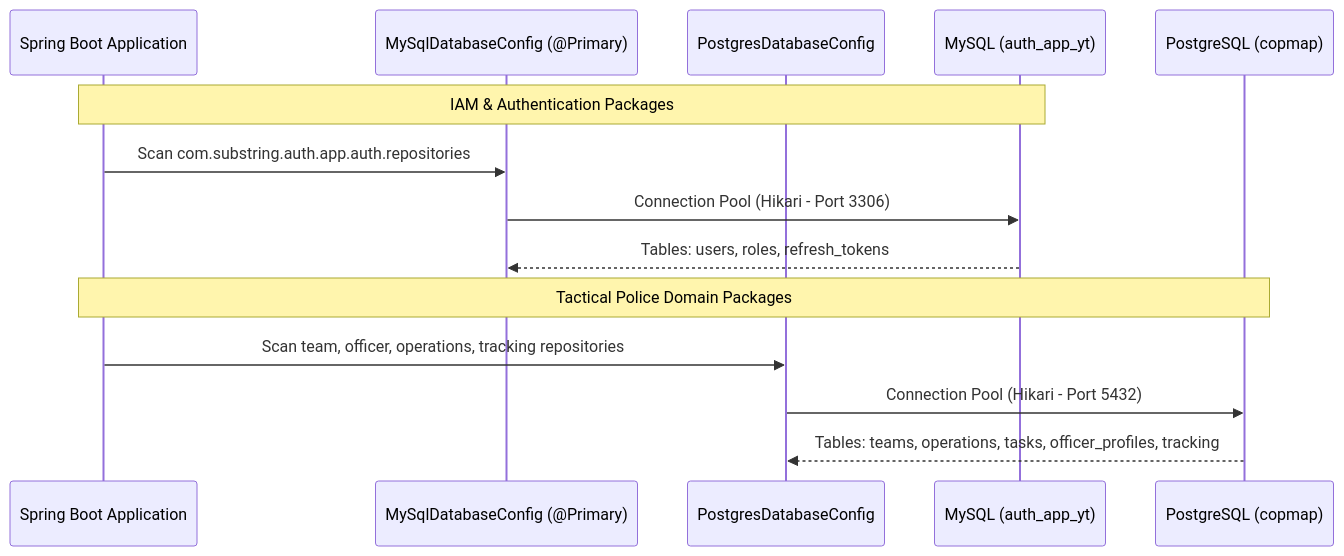
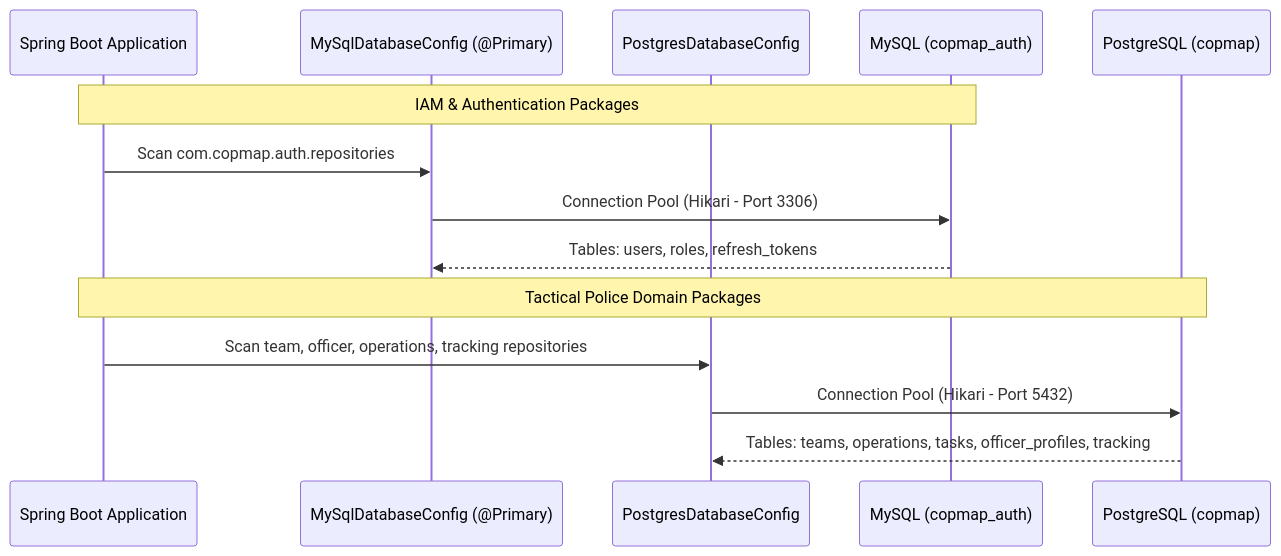
The second of 7 diagrams in README.md (Anantctrl/CMP), drawn with Mermaid before and after one commit. The commit also changed other lines of this file and 386 other files, not shown here.

Commit message:
refactor: rename base package to com.copmap, MySQL database to copmap_auth, and update all configurations

````diff
--- a/README.md
+++ b/README.md
@@ -116,18 +116,18 @@
 ```mermaid
 sequenceDiagram
     participant App as Spring Boot Application
     participant MSConfig as MySqlDatabaseConfig (@Primary)
     participant PGConfig as PostgresDatabaseConfig
-    participant MySQLDB as MySQL (auth_app_yt)
+    participant MySQLDB as MySQL (copmap_auth)
     participant PGDB as PostgreSQL (copmap)
 
     Note over App,MySQLDB: IAM & Authentication Packages
-    App->>MSConfig: Scan com.substring.auth.app.auth.repositories
+    App->>MSConfig: Scan com.copmap.auth.repositories
     MSConfig->>MySQLDB: Connection Pool (Hikari - Port 3306)
     MySQLDB-->>MSConfig: Tables: users, roles, refresh_tokens
 
     Note over App,PGDB: Tactical Police Domain Packages
     App->>PGConfig: Scan team, officer, operations, tracking repositories
     PGConfig->>PGDB: Connection Pool (Hikari - Port 5432)
     PGDB-->>PGConfig: Tables: teams, operations, tasks, officer_profiles, tracking
 ```
````
